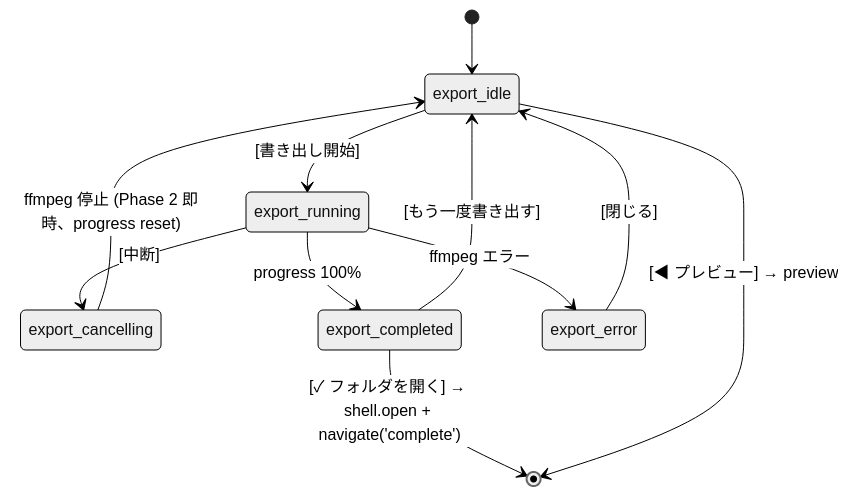
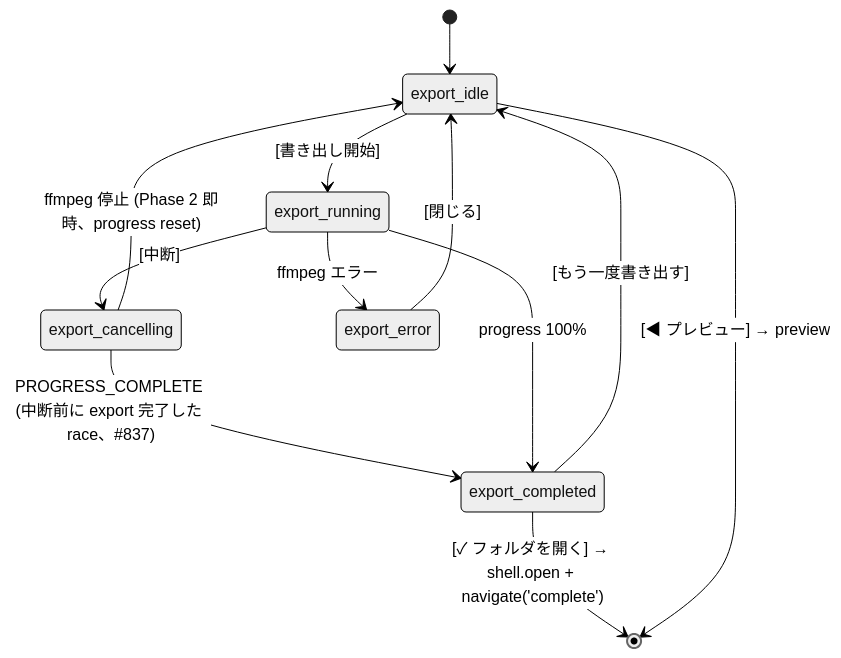
Before and after one commit to Idios/kobutachan-allaganeye: the sixth of 7 diagrams in docs/ui-architecture.md, drawn with Mermaid (neutral theme). The commit also changed 1 other file, not shown here.

Commit message:
fix(round-1): export cancel 状態機械 doc を実装に整合 (Refs #837)
iterate-review Round 1 の doc 不整合 4 件を本 PR 内修正:
- ui-interaction-spec.md §2.5 / ui-architecture.md mermaid に
  cancelling → completed (PROGRESS_COMPLETE) 遷移を追記 (P2-14 起因の欠落)
- ui-interaction-spec.md §2.5.10 の「途中 file は ffmpeg 側で破棄」を
  partial .mp4 残置の実態に訂正 (P3-b 起因の誤記)
- 同 §2.5.10 の cancelRequestedRef / for-loop break stale 記述 (W3 #834 で
  除去済) を現実装 handleCancelClicked = dispatch + kill_tracked_processes に
  書き直し (#4 と同セルのため同時訂正)

````diff
--- a/docs/ui-architecture.md
+++ b/docs/ui-architecture.md
@@ -323,13 +323,14 @@
 ```mermaid
 stateDiagram-v2
     [*] --> export_idle
     export_idle --> export_running: [書き出し開始]
     export_running --> export_cancelling: [中断]
     export_cancelling --> export_idle: ffmpeg 停止 (Phase 2 即時、progress reset)
+    export_cancelling --> export_completed: PROGRESS_COMPLETE (中断前に export 完了した race、#837)
     export_running --> export_completed: progress 100%
     export_running --> export_error: ffmpeg エラー
     export_completed --> export_idle: [もう一度書き出す]
     export_completed --> [*]: [✓ フォルダを開く] → shell.open + navigate('complete')
     export_error --> export_idle: [閉じる]
     export_idle --> [*]: [◀ プレビュー] → preview
 ```
````
